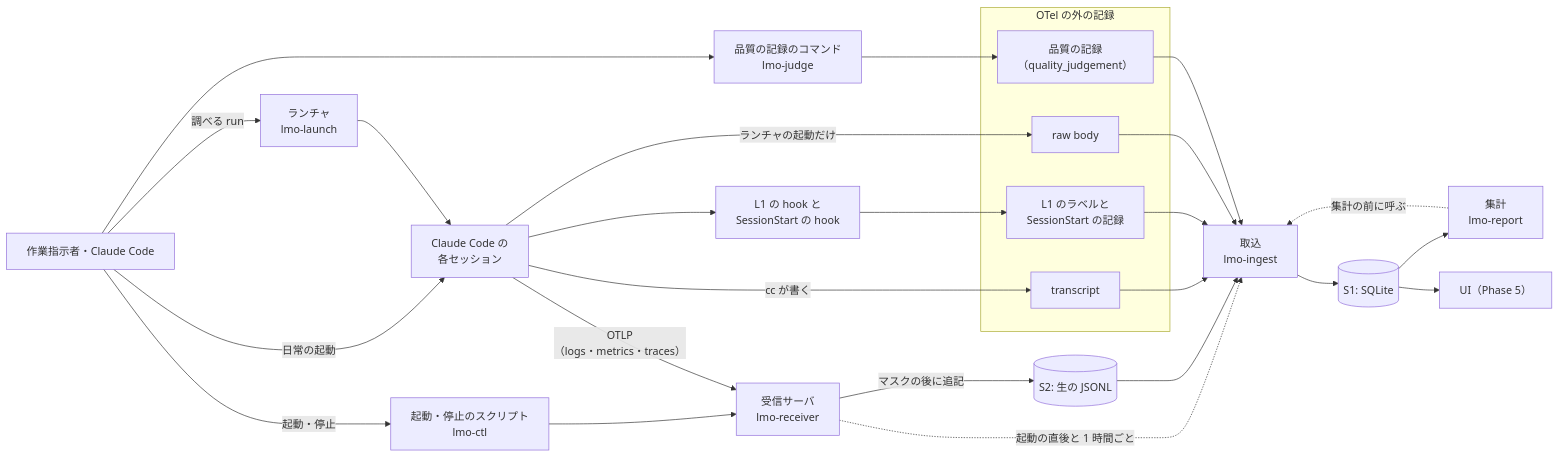
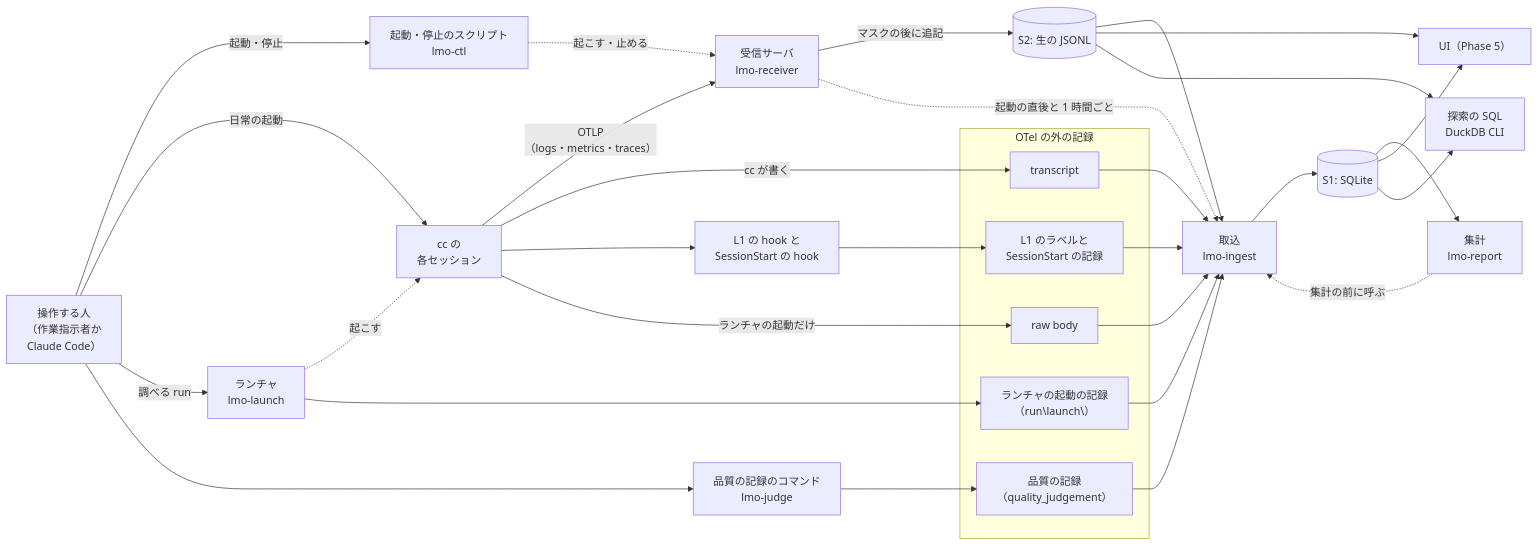
Before and after one commit to empty-can/research-by-cc: the second of 3 diagrams in research-for-local-mini-otel-infra/reports/02.設計/99.設計まとめ/設計書.md, drawn with Mermaid. The commit also changed other lines of this file and 22 other files, not shown here.

````diff
--- a/research-for-local-mini-otel-infra/reports/02.設計/99.設計まとめ/設計書.md
+++ b/research-for-local-mini-otel-infra/reports/02.設計/99.設計まとめ/設計書.md
@@ -140,40 +134,49 @@
 ```mermaid
 flowchart LR
-  OP["作業指示者・Claude Code"]
+  OP["操作する人<br>（作業指示者か<br>Claude Code）"]
   CTL["起動・停止のスクリプト<br>lmo-ctl"]
   LN["ランチャ<br>lmo-launch"]
-  CC["Claude Code の<br>各セッション"]
+  CC["cc の<br>各セッション"]
   HK["L1 の hook と<br>SessionStart の hook"]
   RCV["受信サーバ<br>lmo-receiver"]
   S2[("S2: 生の JSONL")]
   ING["取込<br>lmo-ingest"]
   S1[("S1: SQLite")]
   REP["集計<br>lmo-report"]
   UI["UI（Phase 5）"]
+  DK["探索の SQL<br>DuckDB CLI"]
   JD["品質の記録のコマンド<br>lmo-judge"]
   subgraph EXT["OTel の外の記録"]
     TR["transcript"]
     LB["L1 のラベルと<br>SessionStart の記録"]
     RB["raw body"]
     QJ["品質の記録<br>（quality_judgement）"]
+    LR["ランチャの起動の記録<br>（run\launch\）"]
   end
-  OP -- "起動・停止" --> CTL --> RCV
+  OP -- "起動・停止" --> CTL
+  CTL -. "起こす・止める" .-> RCV
   OP -- "日常の起動" --> CC
-  OP -- "調べる run" --> LN --> CC
+  OP -- "調べる run" --> LN
+  LN -. "起こす" .-> CC
+  LN --> LR
   CC -- "OTLP<br>（logs・metrics・traces）" --> RCV
   RCV -- "マスクの後に追記" --> S2
   RCV -. "起動の直後と 1 時間ごと" .-> ING
   CC -- "cc が書く" --> TR
   CC --> HK --> LB
   CC -- "ランチャの起動だけ" --> RB
   OP --> JD --> QJ
   S2 --> ING
   TR --> ING
   LB --> ING
   RB --> ING
   QJ --> ING
+  LR --> ING
   ING --> S1
   S1 --> REP
   S1 --> UI
+  S2 --> UI
+  S1 --> DK
+  S2 --> DK
   REP -. "集計の前に呼ぶ" .-> ING
 ```
````
